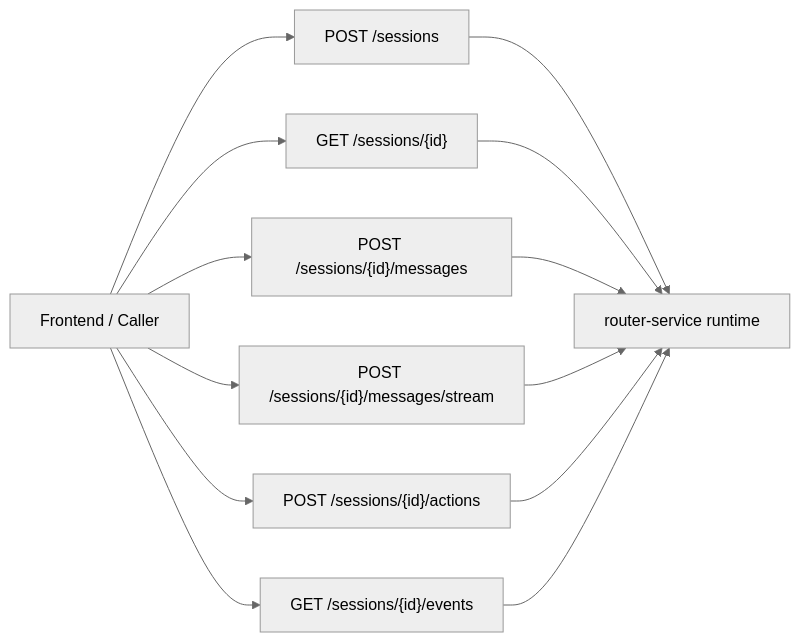
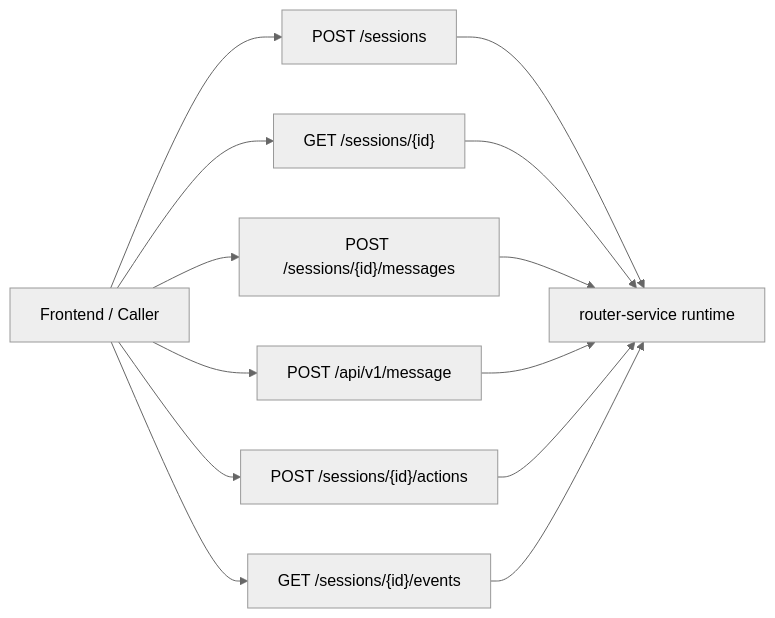
Before and after one commit to corelli359/intent-router: the first of 10 diagrams in docs/v3/router-service-功能说明文档.md, drawn with Mermaid (neutral theme). The commit also changed other lines of this file and 18 other files, not shown here.

````diff
--- a/docs/v3/router-service-功能说明文档.md
+++ b/docs/v3/router-service-功能说明文档.md
@@ -101,18 +100,18 @@
 ```mermaid
 flowchart LR
     caller["Frontend / Caller"]
     create["POST /sessions"]
     snapshot["GET /sessions/{id}"]
     message["POST /sessions/{id}/messages"]
-    stream["POST /sessions/{id}/messages/stream"]
+    stream["POST /api/v1/message"]
     action["POST /sessions/{id}/actions"]
     events["GET /sessions/{id}/events"]
     router["router-service runtime"]
 
     caller --> create --> router
     caller --> snapshot --> router
     caller --> message --> router
     caller --> stream --> router
     caller --> action --> router
     caller --> events --> router
 ```
````
